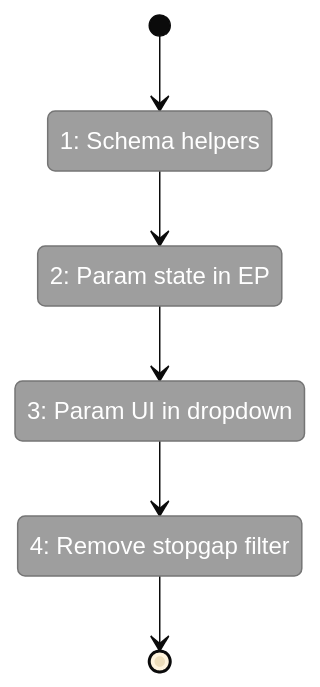
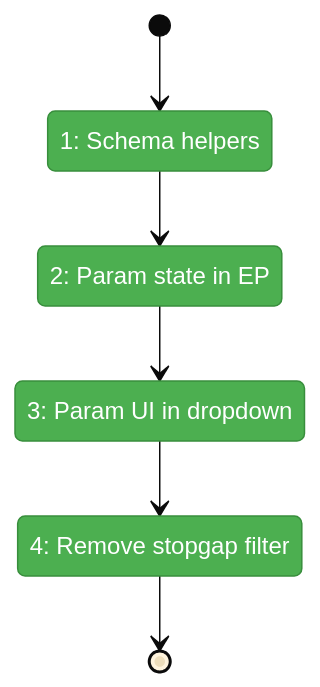
The first of 2 diagrams in docs/plans/047-usdk/tasks/phase-6-wraps-polish/001-subtask-palette-param-input.fltplan.md (AI-Substrate/chainglass), drawn with Mermaid (base theme) before and after one commit. The commit also changed other lines of this file and 1 other file, not shown here.

````diff
--- a/docs/plans/047-usdk/tasks/phase-6-wraps-polish/001-subtask-palette-param-input.fltplan.md
+++ b/docs/plans/047-usdk/tasks/phase-6-wraps-polish/001-subtask-palette-param-input.fltplan.md
@@ -37,20 +37,20 @@
 ```mermaid
 stateDiagram-v2
     classDef pending fill:#9E9E9E,stroke:#757575,color:#fff
     classDef active fill:#FFC107,stroke:#FFA000,color:#000
     classDef done fill:#4CAF50,stroke:#388E3C,color:#fff
     classDef blocked fill:#F44336,stroke:#D32F2F,color:#fff
 
     state "1: Schema helpers" as S1
     state "2: Param state in EP" as S2
     state "3: Param UI in dropdown" as S3
     state "4: Remove stopgap filter" as S4
 
     [*] --> S1
     S1 --> S2
     S2 --> S3
     S3 --> S4
     S4 --> [*]
 
-    class S1,S2,S3,S4 pending
+    class S1,S2,S3,S4 done
 ```
````
